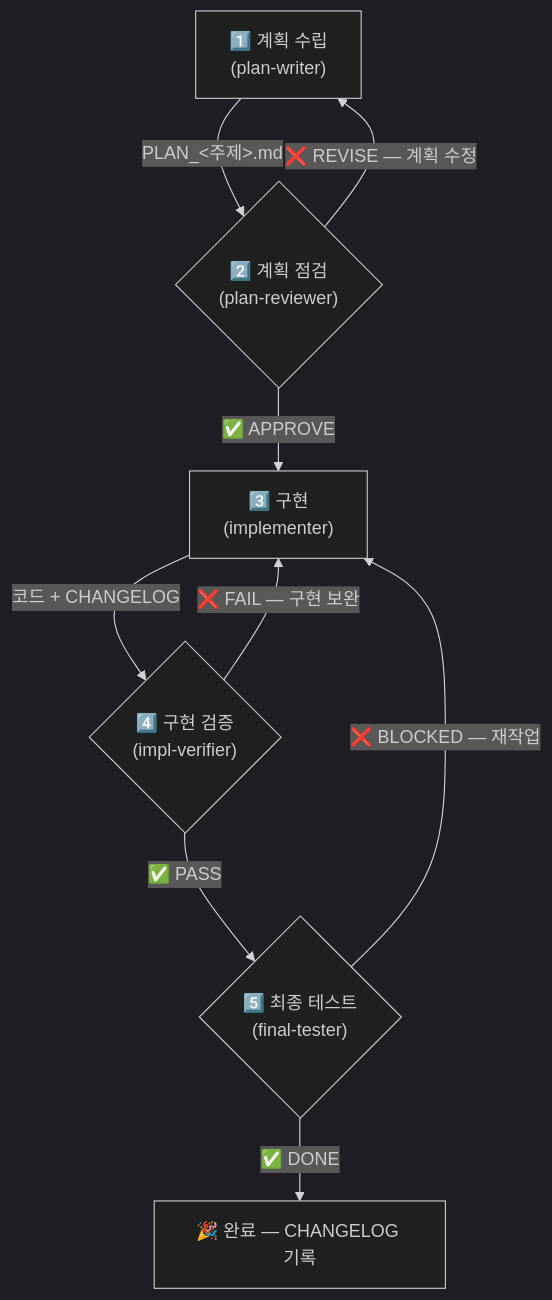
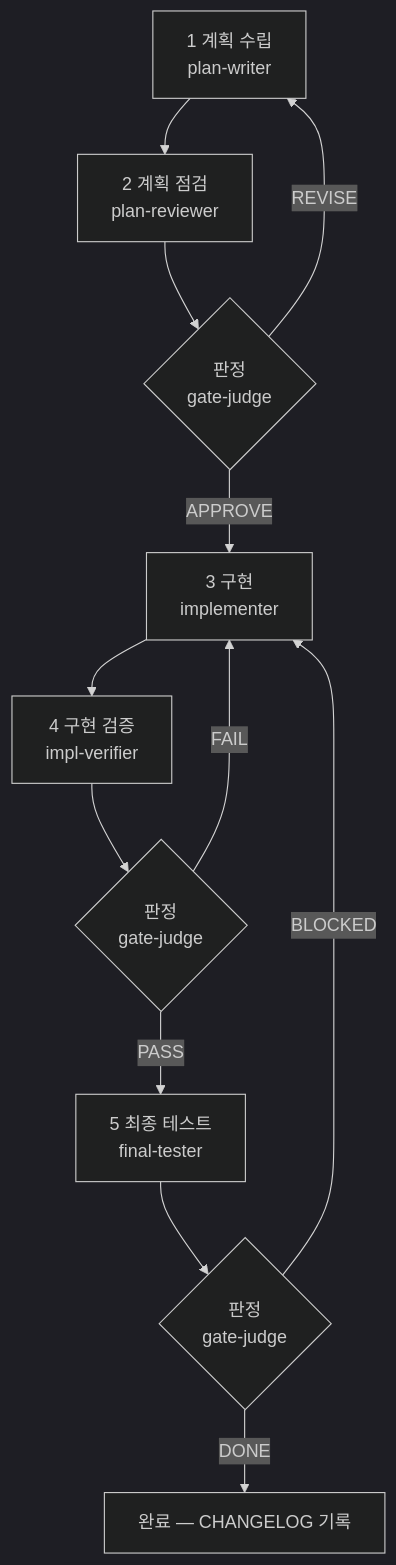
One commit to solution194560/claude-dev-standard changed the diagram in README.md. Above: the diagram before and after it, drawn with Mermaid (dark theme). The commit also changed other lines of this file and 26 other files, not shown here.

````diff
--- a/README.md
+++ b/README.md
@@ -107,11 +38,14 @@
 ```mermaid
 flowchart TD
-    P1["1️⃣ 계획 수립<br/>(plan-writer)"] -->|"PLAN_&lt;주제&gt;.md"| P2{"2️⃣ 계획 점검<br/>(plan-reviewer)"}
-    P2 -->|"❌ REVISE — 계획 수정"| P1
-    P2 -->|"✅ APPROVE"| P3["3️⃣ 구현<br/>(implementer)"]
-    P3 -->|"코드 + CHANGELOG"| P4{"4️⃣ 구현 검증<br/>(impl-verifier)"}
-    P4 -->|"❌ FAIL — 구현 보완"| P3
-    P4 -->|"✅ PASS"| P5{"5️⃣ 최종 테스트<br/>(final-tester)"}
-    P5 -->|"❌ BLOCKED — 재작업"| P3
-    P5 -->|"✅ DONE"| FIN["🎉 완료 — CHANGELOG 기록"]
+    P1["1 계획 수립<br/>plan-writer"] --> P2["2 계획 점검<br/>plan-reviewer"]
+    P2 --> J1{"판정<br/>gate-judge"}
+    J1 -->|REVISE| P1
+    J1 -->|APPROVE| P3["3 구현<br/>implementer"]
+    P3 --> P4["4 구현 검증<br/>impl-verifier"]
+    P4 --> J2{"판정<br/>gate-judge"}
+    J2 -->|FAIL| P3
+    J2 -->|PASS| P5["5 최종 테스트<br/>final-tester"]
+    P5 --> J3{"판정<br/>gate-judge"}
+    J3 -->|BLOCKED| P3
+    J3 -->|DONE| FIN["완료 — CHANGELOG 기록"]
 ```
````
